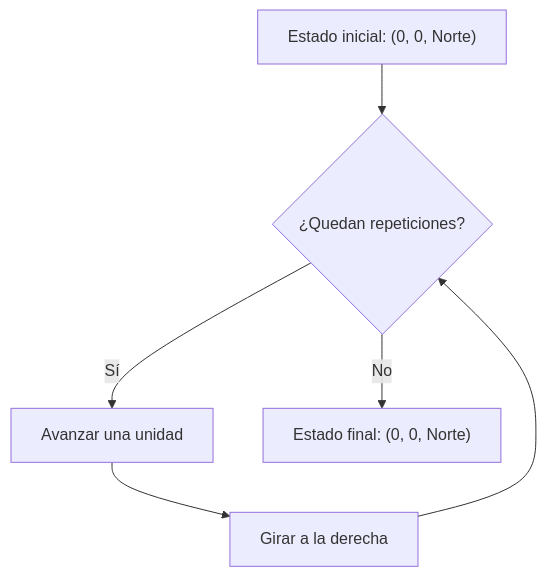
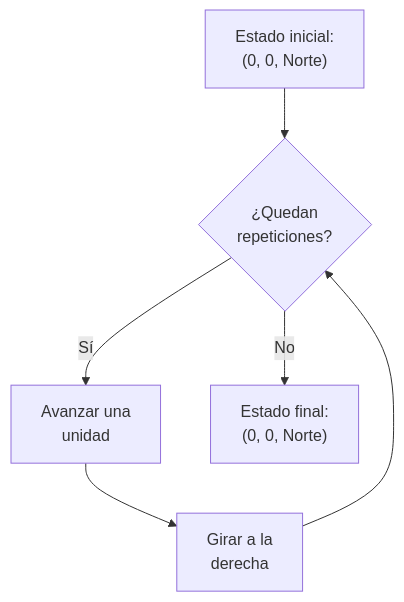
The first of 2 diagrams in docs/proceso.md (Santiago0521/Taller-2---Funcional), drawn with Mermaid before and after one commit. The commit also changed other lines of this file, not shown here.

````diff
--- a/docs/proceso.md
+++ b/docs/proceso.md
@@ -99,8 +99,8 @@
 ```mermaid
 flowchart TD
-    A["Estado inicial: (0, 0, Norte)"] --> B{"¿Quedan repeticiones?"}
-    B -->|Sí| C["Avanzar una unidad"]
-    C --> D["Girar a la derecha"]
+    A["Estado inicial: <br>(0, 0, Norte)"] --> B{"¿Quedan <br>repeticiones?"}
+    B -->|Sí| C["Avanzar una <br>unidad"]
+    C --> D["Girar a la <br>derecha"]
     D --> B
-    B -->|No| E["Estado final: (0, 0, Norte)"]
+    B -->|No| E["Estado final: <br>(0, 0, Norte)"]
 ```
````
